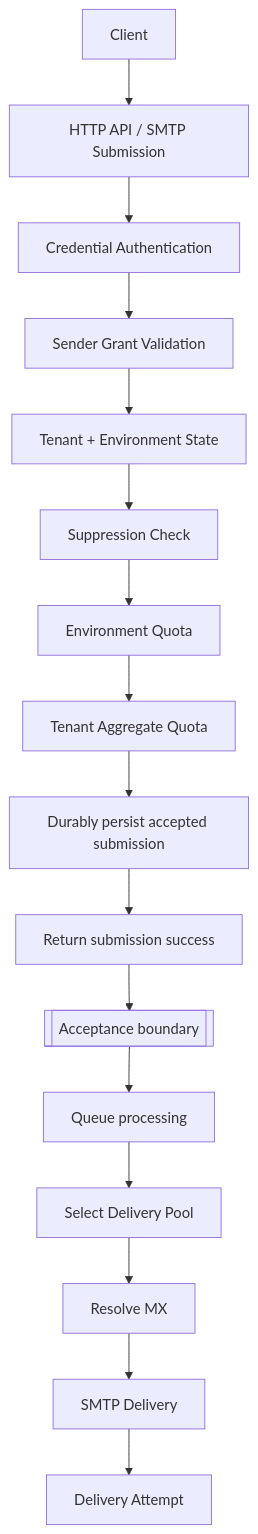
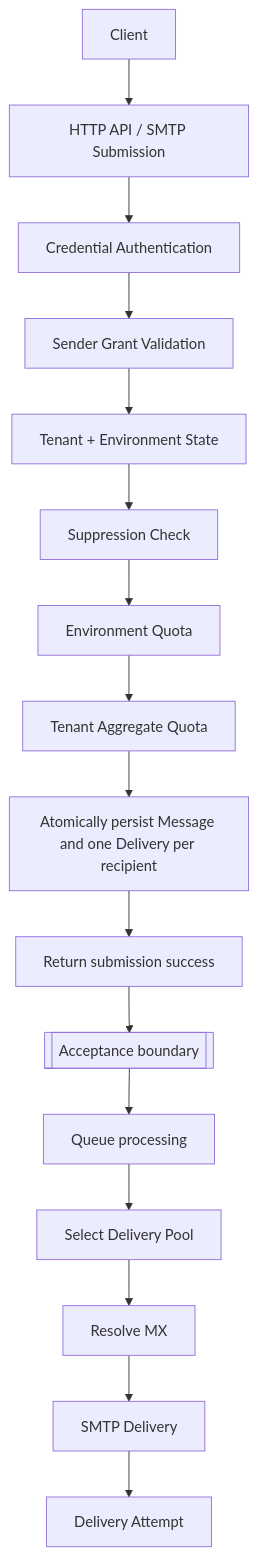
One commit to viiag7/ProjectVelaris changed the diagram in docs/architecture/overview.md. Above: the diagram before and after it, drawn with Mermaid. The commit also changed other lines of this file and 5 other files, not shown here.

````diff
--- a/docs/architecture/overview.md
+++ b/docs/architecture/overview.md
@@ -7,18 +7,18 @@
 ```mermaid
 flowchart TD
     C[Client] --> A[HTTP API / SMTP Submission]
     A --> AUTH[Credential Authentication]
     AUTH --> SG[Sender Grant Validation]
     SG --> STATUS[Tenant + Environment State]
     STATUS --> SUP[Suppression Check]
     SUP --> EQ[Environment Quota]
     EQ --> TQ[Tenant Aggregate Quota]
-    TQ --> M[Durably persist accepted submission]
+    TQ --> M[Atomically persist Message and one Delivery per recipient]
     M --> ACK[Return submission success]
     ACK --> BOUNDARY[[Acceptance boundary]]
     BOUNDARY --> Q[Queue processing]
     Q --> DP[Select Delivery Pool]
     DP --> MX[Resolve MX]
     MX --> SMTP[SMTP Delivery]
     SMTP --> ATT[Delivery Attempt]
 ```
````
